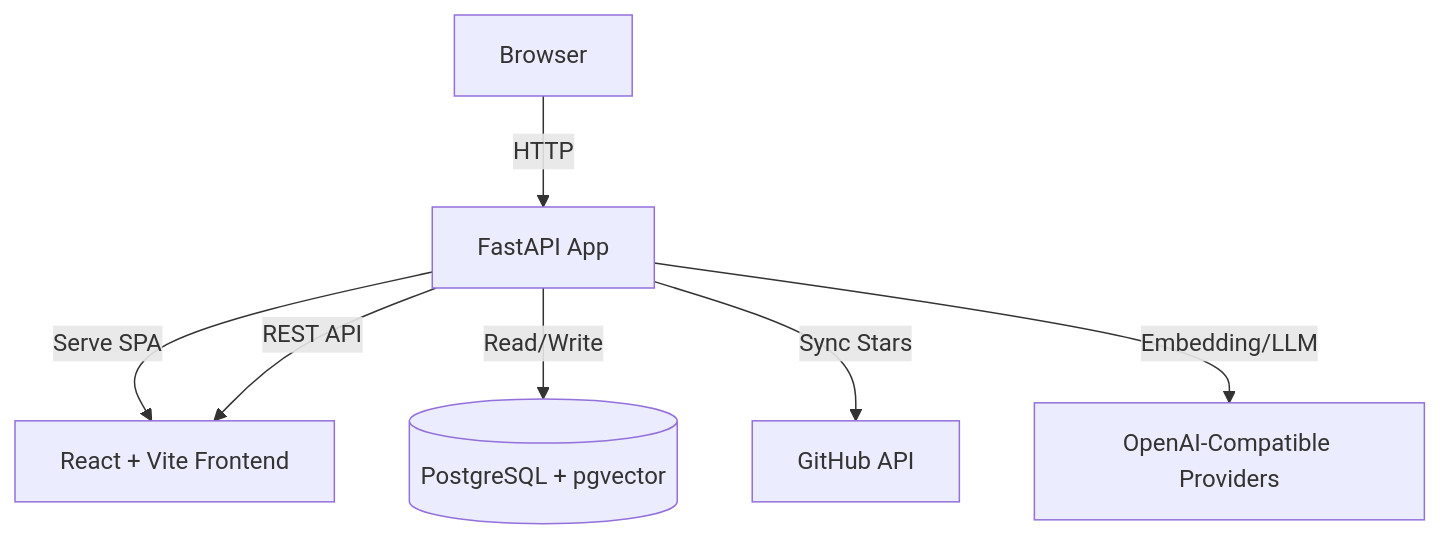
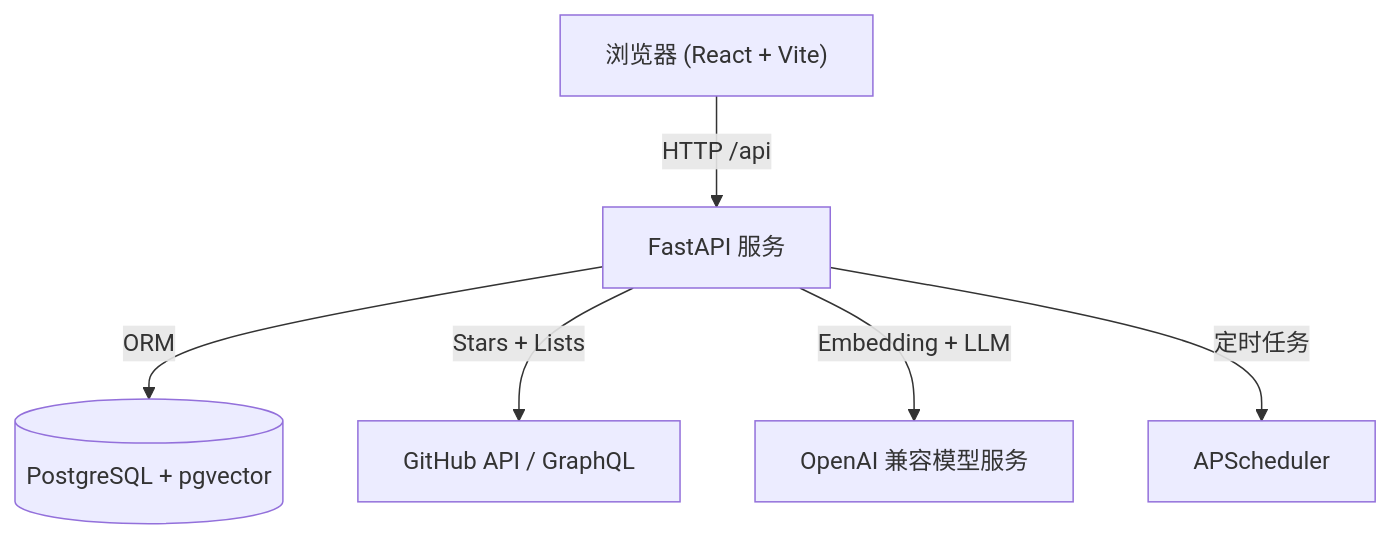
One commit to Tendo33/MyNebula changed the first of 2 diagrams in README.zh.md. Above: the diagram before and after it, drawn with Mermaid. The commit also changed other lines of this file and 1 other file, not shown here.

````diff
--- a/README.zh.md
+++ b/README.zh.md
@@ -73,9 +64,8 @@
 ```mermaid
 graph TD
-    User["Browser"] -->|HTTP| FastAPI["FastAPI App"]
-    FastAPI -->|Serve SPA| React["React + Vite Frontend"]
-    FastAPI -->|REST API| React
-    FastAPI -->|Read/Write| PG[("PostgreSQL + pgvector")]
-    FastAPI -->|Sync Stars| GitHub["GitHub API"]
-    FastAPI -->|Embedding/LLM| AI["OpenAI-Compatible Providers"]
+    Browser["浏览器 (React + Vite)"] -->|HTTP /api| FastAPI["FastAPI 服务"]
+    FastAPI -->|ORM| Postgres[("PostgreSQL + pgvector")]
+    FastAPI -->|Stars + Lists| GitHub["GitHub API / GraphQL"]
+    FastAPI -->|Embedding + LLM| AI["OpenAI 兼容模型服务"]
+    FastAPI -->|定时任务| APS["APScheduler"]
 ```
````
